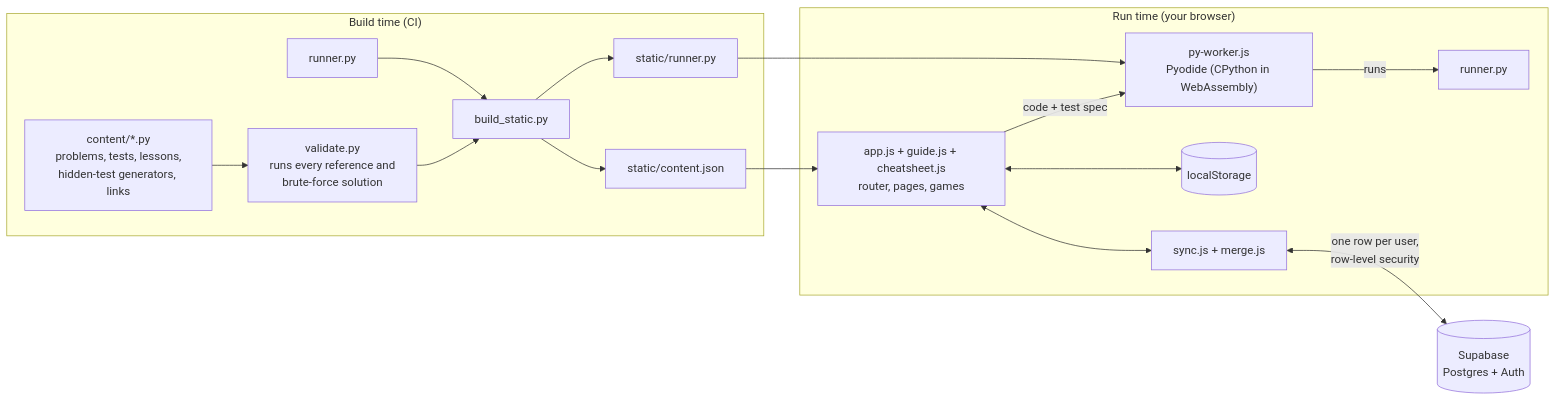
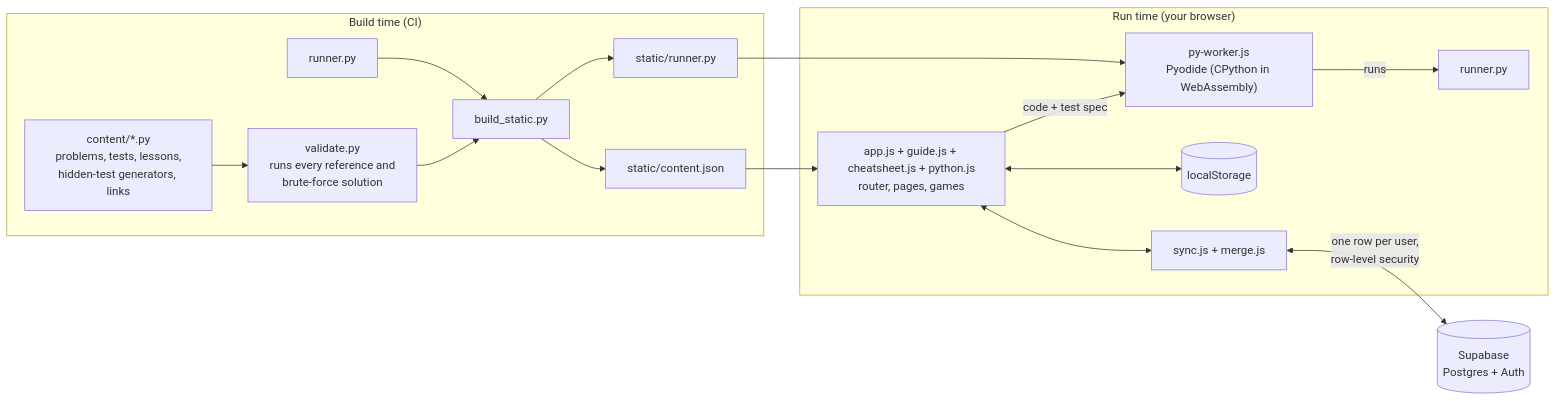
The diagram in docs/ARCHITECTURE.md (NAIRBS/pattern-gym), drawn with Mermaid before and after one commit. The commit also changed other lines of this file and 11 other files, not shown here.

````diff
--- a/docs/ARCHITECTURE.md
+++ b/docs/ARCHITECTURE.md
@@ -31,19 +31,19 @@
 ```mermaid
 flowchart LR
   subgraph Build["Build time (CI)"]
     A["content/*.py<br/>problems, tests, lessons,<br/>hidden-test generators, links"] --> V["validate.py<br/>runs every reference and<br/>brute-force solution"]
     V --> B["build_static.py"]
     B --> J["static/content.json"]
     R["runner.py"] --> B
     B --> R2["static/runner.py"]
   end
   subgraph Browser["Run time (your browser)"]
-    UI["app.js + guide.js + cheatsheet.js<br/>router, pages, games"] -->|code + test spec| W["py-worker.js<br/>Pyodide (CPython in WebAssembly)"]
+    UI["app.js + guide.js + cheatsheet.js + python.js<br/>router, pages, games"] -->|code + test spec| W["py-worker.js<br/>Pyodide (CPython in WebAssembly)"]
     W -->|runs| R3["runner.py"]
     UI <--> LS[("localStorage")]
     UI <--> SY["sync.js + merge.js"]
   end
   J --> UI
   R2 --> W
   SY <-->|"one row per user,<br/>row-level security"| SB[("Supabase<br/>Postgres + Auth")]
 ```
````
